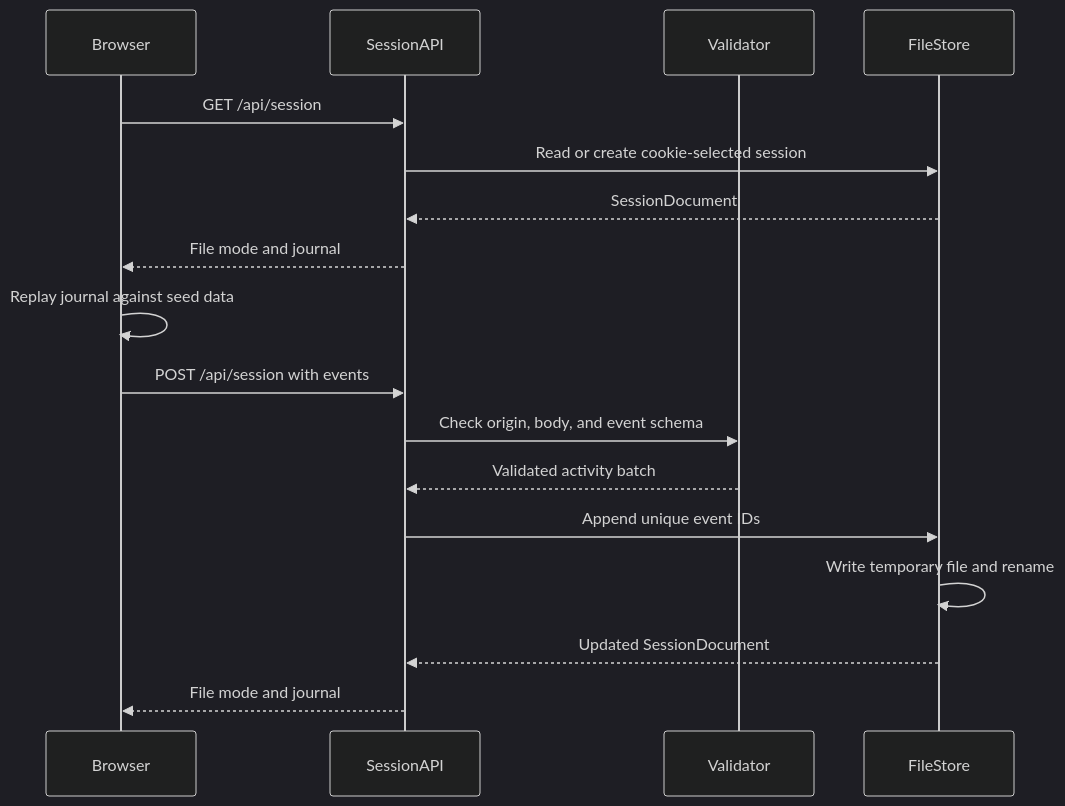
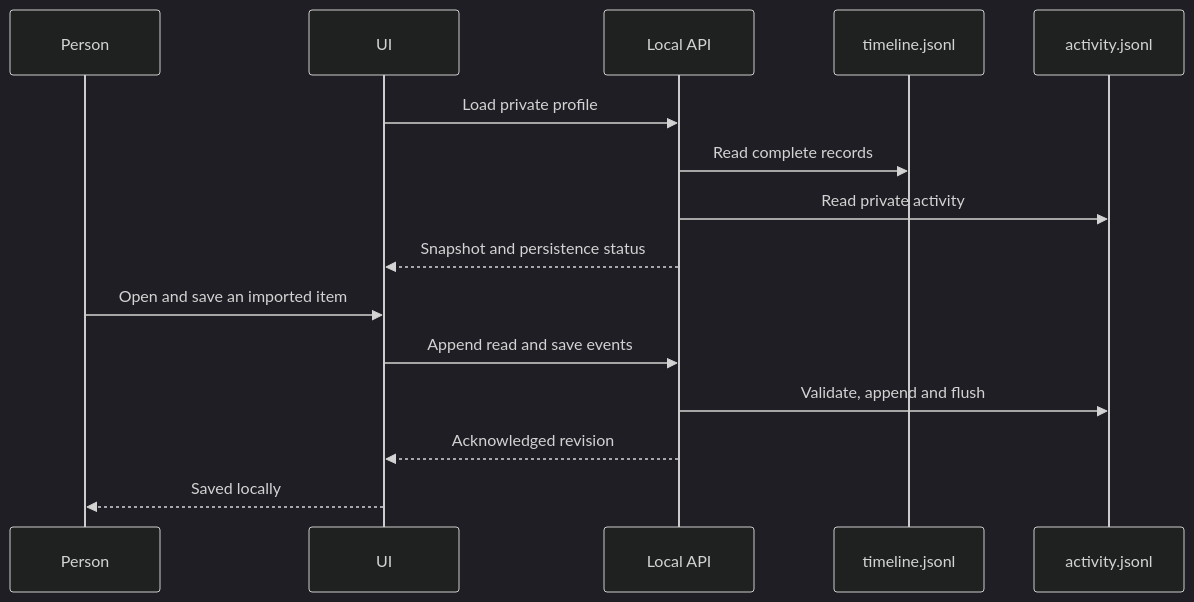
Before and after one commit to quirq-ai/instants: the second of 2 diagrams in docs/engine.md, drawn with Mermaid (dark theme). The commit also changed other lines of this file and 47 other files, not shown here.

Commit message:
Implement two-log agent timeline and private activity engine

````diff
--- a/docs/engine.md
+++ b/docs/engine.md
@@ -109,19 +121,17 @@
 ```mermaid
 sequenceDiagram
-    participant Browser
-    participant SessionAPI
-    participant Validator
-    participant FileStore
-    Browser->>SessionAPI: GET /api/session
-    SessionAPI->>FileStore: Read or create cookie-selected session
-    FileStore-->>SessionAPI: SessionDocument
-    SessionAPI-->>Browser: File mode and journal
-    Browser->>Browser: Replay journal against seed data
-    Browser->>SessionAPI: POST /api/session with events
-    SessionAPI->>Validator: Check origin, body, and event schema
-    Validator-->>SessionAPI: Validated activity batch
-    SessionAPI->>FileStore: Append unique event IDs
-    FileStore->>FileStore: Write temporary file and rename
-    FileStore-->>SessionAPI: Updated SessionDocument
-    SessionAPI-->>Browser: File mode and journal
+    participant Person
+    participant UI
+    participant API as Local API
+    participant Timeline as timeline.jsonl
+    participant Activity as activity.jsonl
+    UI->>API: Load private profile
+    API->>Timeline: Read complete records
+    API->>Activity: Read private activity
+    API-->>UI: Snapshot and persistence status
+    Person->>UI: Open and save an imported item
+    UI->>API: Append read and save events
+    API->>Activity: Validate, append and flush
+    API-->>UI: Acknowledged revision
+    UI-->>Person: Saved locally
 ```
````
